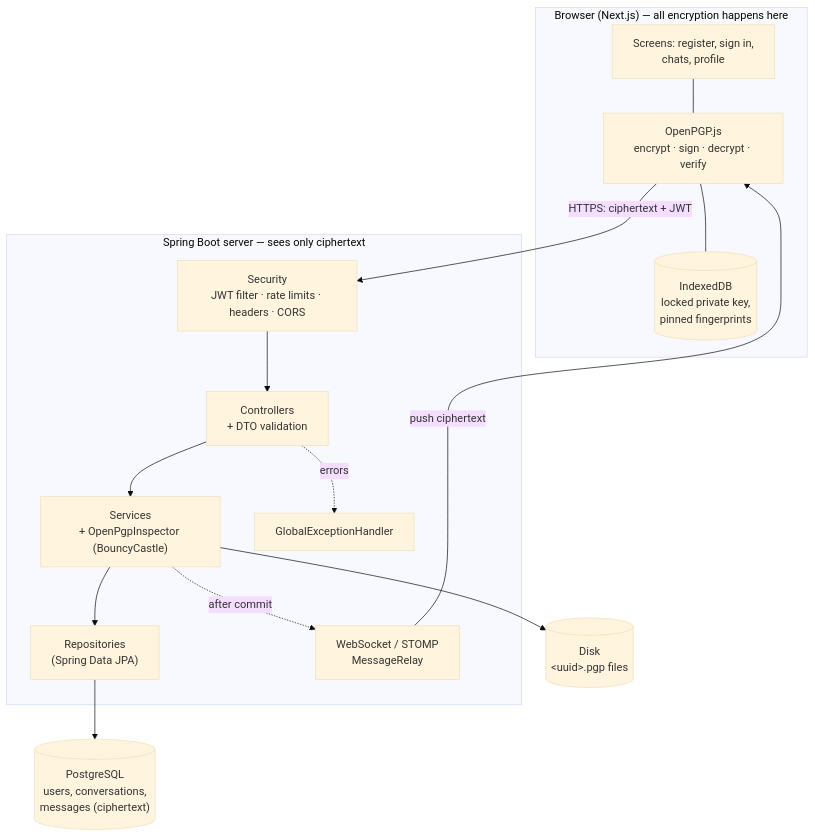
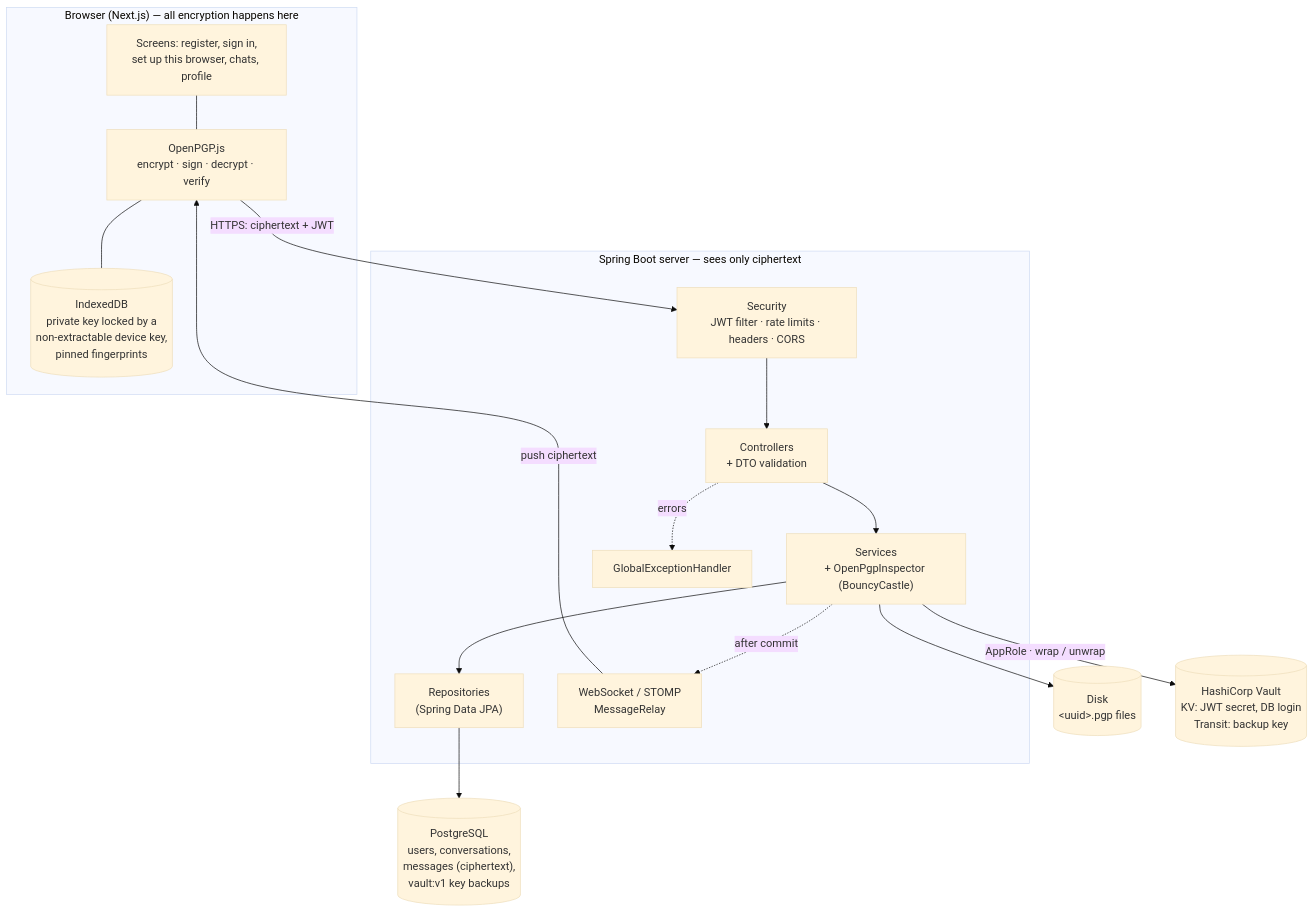
The ninth of 9 diagrams in blog/docs/cybersecurity/pgp-from-the-beginning/part-4.md (DeNoella/cipherchat), drawn with Mermaid (base theme) before and after one commit. The commit also changed other lines of this file and 10 other files, not shown here.

First line of the commit message:
docs(blog): teach passphrase-once key protection and HashiCorp Vault

````diff
--- a/blog/docs/cybersecurity/pgp-from-the-beginning/part-4.md
+++ b/blog/docs/cybersecurity/pgp-from-the-beginning/part-4.md
@@ -1089,26 +1233,28 @@
 ```mermaid
 flowchart TB
     subgraph Browser["Browser (Next.js) — all encryption happens here"]
-        UI["Screens: register, sign in,<br/>chats, profile"]
+        UI["Screens: register, sign in,<br/>set up this browser, chats, profile"]
         PGP["OpenPGP.js<br/>encrypt · sign · decrypt · verify"]
-        IDB[("IndexedDB<br/>locked private key,<br/>pinned fingerprints")]
+        IDB[("IndexedDB<br/>private key locked by a<br/>non-extractable device key,<br/>pinned fingerprints")]
         UI --- PGP --- IDB
     end
     subgraph Server["Spring Boot server — sees only ciphertext"]
         SEC["Security<br/>JWT filter · rate limits · headers · CORS"]
         CTRL["Controllers<br/>+ DTO validation"]
         SVC["Services<br/>+ OpenPgpInspector (BouncyCastle)"]
         REPO["Repositories<br/>(Spring Data JPA)"]
         WS["WebSocket / STOMP<br/>MessageRelay"]
         EXC["GlobalExceptionHandler"]
         SEC --> CTRL --> SVC --> REPO
         SVC -. after commit .-> WS
         CTRL -. errors .-> EXC
     end
-    DB[("PostgreSQL<br/>users, conversations,<br/>messages (ciphertext)")]
+    DB[("PostgreSQL<br/>users, conversations,<br/>messages (ciphertext),<br/>vault:v1 key backups")]
     DISK[("Disk<br/>&lt;uuid&gt;.pgp files")]
+    VAULT[("HashiCorp Vault<br/>KV: JWT secret, DB login<br/>Transit: backup key")]
     PGP -->|"HTTPS: ciphertext + JWT"| SEC
     WS -->|"push ciphertext"| PGP
     REPO --> DB
     SVC --> DISK
+    SVC -->|"AppRole · wrap / unwrap"| VAULT
 ```
````
